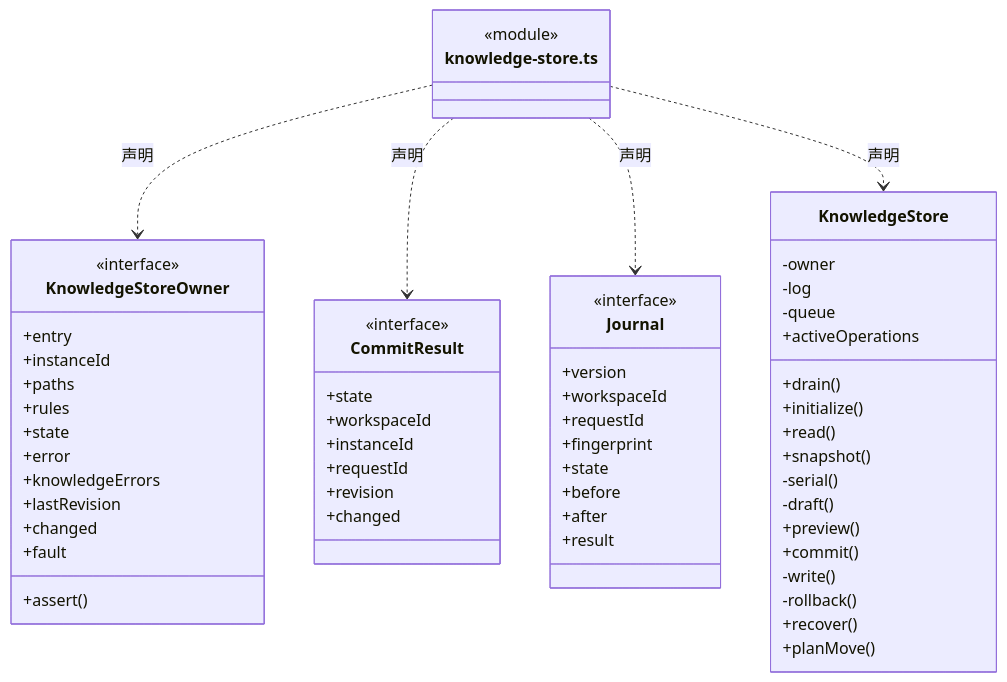
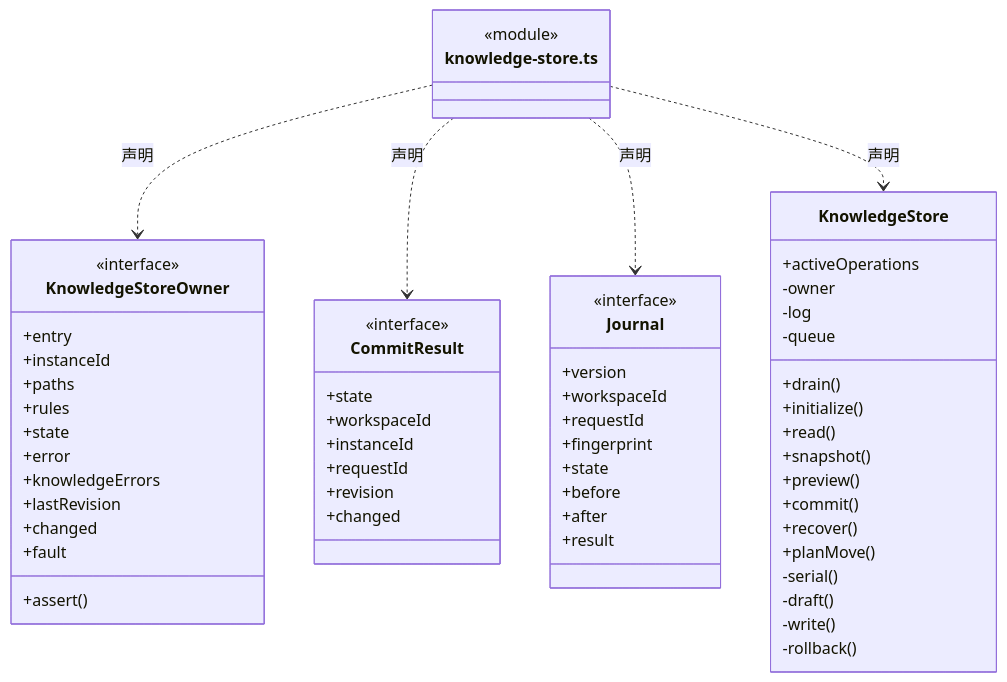
The second of 4 diagrams in src/backend/main/persistence/knowledge/ARCHITECTURE.md (nan023062/cbim), drawn with Mermaid before and after one commit. The commit also changed other lines of this file and 240 other files, not shown here.

````diff
--- a/src/backend/main/persistence/knowledge/ARCHITECTURE.md
+++ b/src/backend/main/persistence/knowledge/ARCHITECTURE.md
@@ -32,62 +33,62 @@
 ```mermaid
 classDiagram
 class N_src_backend_main_persistence_knowledge_knowledge_store_ts["knowledge-store.ts"] {
   <<module>>
 }
 class N_src_backend_main_persistence_knowledge_knowledge_store_ts_KnowledgeStoreOwner["KnowledgeStoreOwner"] {
   <<interface>>
   +entry
   +instanceId
   +paths
   +rules
   +state
   +error
   +knowledgeErrors
   +lastRevision
   +changed
   +fault
   +assert()
 }
 N_src_backend_main_persistence_knowledge_knowledge_store_ts ..> N_src_backend_main_persistence_knowledge_knowledge_store_ts_KnowledgeStoreOwner : 声明
 class N_src_backend_main_persistence_knowledge_knowledge_store_ts_CommitResult["CommitResult"] {
   <<interface>>
   +state
   +workspaceId
   +instanceId
   +requestId
   +revision
   +changed
 }
 N_src_backend_main_persistence_knowledge_knowledge_store_ts ..> N_src_backend_main_persistence_knowledge_knowledge_store_ts_CommitResult : 声明
 class N_src_backend_main_persistence_knowledge_knowledge_store_ts_Journal["Journal"] {
   <<interface>>
   +version
   +workspaceId
   +requestId
   +fingerprint
   +state
   +before
   +after
   +result
 }
 N_src_backend_main_persistence_knowledge_knowledge_store_ts ..> N_src_backend_main_persistence_knowledge_knowledge_store_ts_Journal : 声明
 class N_src_backend_main_persistence_knowledge_knowledge_store_ts_KnowledgeStore["KnowledgeStore"] {
-  -owner
-  -log
-  -queue
   +activeOperations
   +drain()
   +initialize()
   +read()
   +snapshot()
+  +preview()
+  +commit()
+  +recover()
+  +planMove()
+  -owner
+  -log
+  -queue
   -serial()
   -draft()
-  +preview()
-  +commit()
   -write()
   -rollback()
-  +recover()
-  +planMove()
 }
 N_src_backend_main_persistence_knowledge_knowledge_store_ts ..> N_src_backend_main_persistence_knowledge_knowledge_store_ts_KnowledgeStore : 声明
 ```
````
